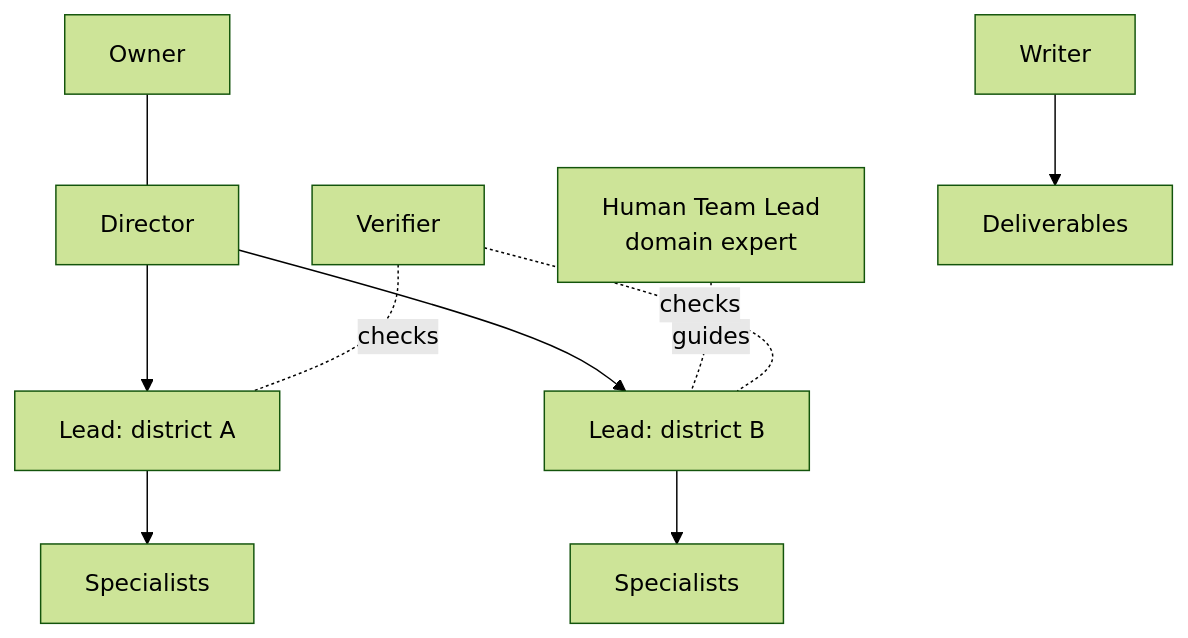
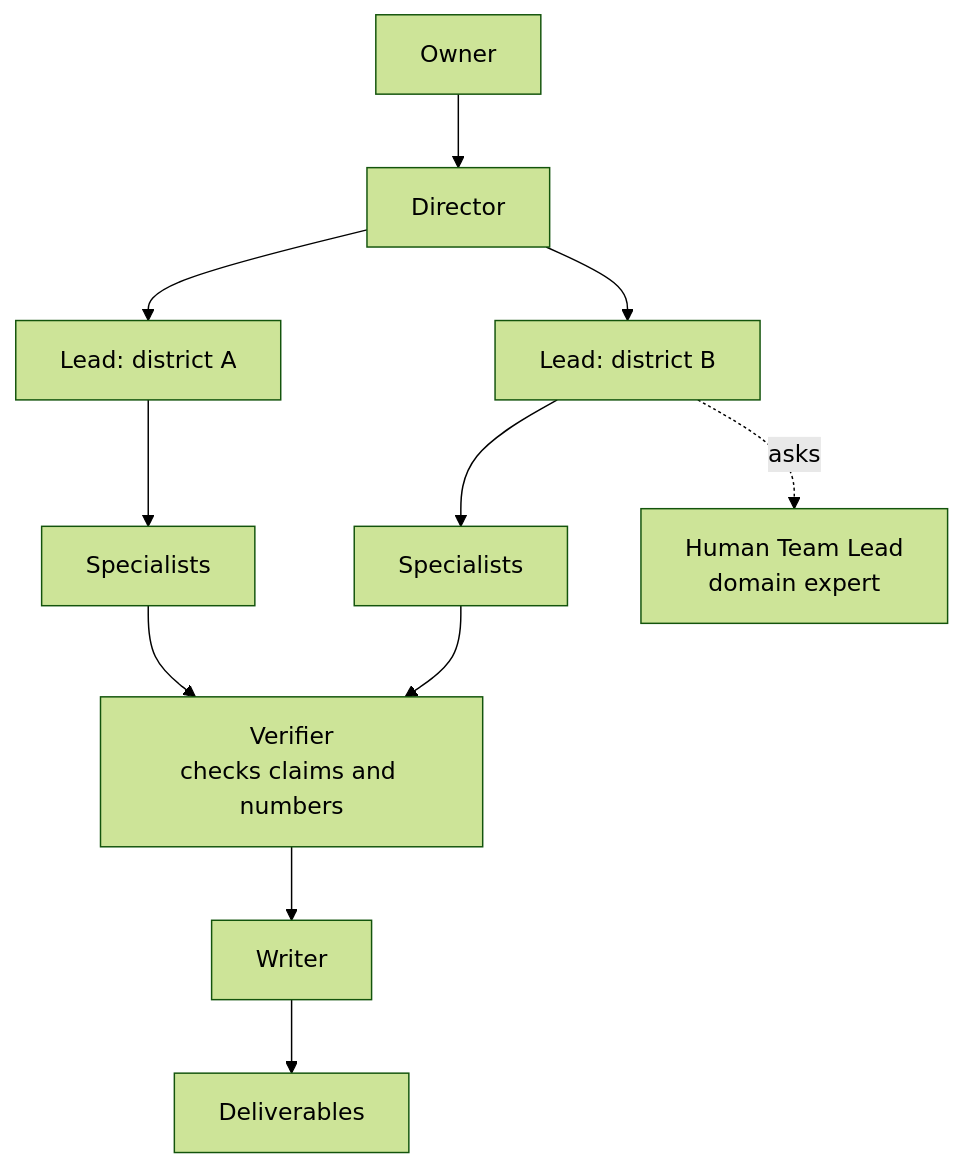
The second of 5 diagrams in README.md (spark-456/tilo), drawn with Mermaid (forest theme) before and after one commit. The commit also changed other lines of this file and 3 other files, not shown here.

````diff
--- a/README.md
+++ b/README.md
@@ -151,12 +159,13 @@
 ```mermaid
 flowchart TD
-    O["Owner"] --- D["Director"]
+    O["Owner"] --> D["Director"]
     D --> L1["Lead: district A"]
     D --> L2["Lead: district B"]
-    TL["Human Team Lead<br/>domain expert"] -.guides.- L2
     L1 --> S1["Specialists"]
     L2 --> S2["Specialists"]
-    V["Verifier"] -.checks.- L1
-    V -.checks.- L2
-    W["Writer"] --> DD["Deliverables"]
+    L2 -. "asks" .-> TL["Human Team Lead<br/>domain expert"]
+    S1 --> V["Verifier<br/>checks claims and numbers"]
+    S2 --> V
+    V --> W["Writer"]
+    W --> DD["Deliverables"]
 ```
````
